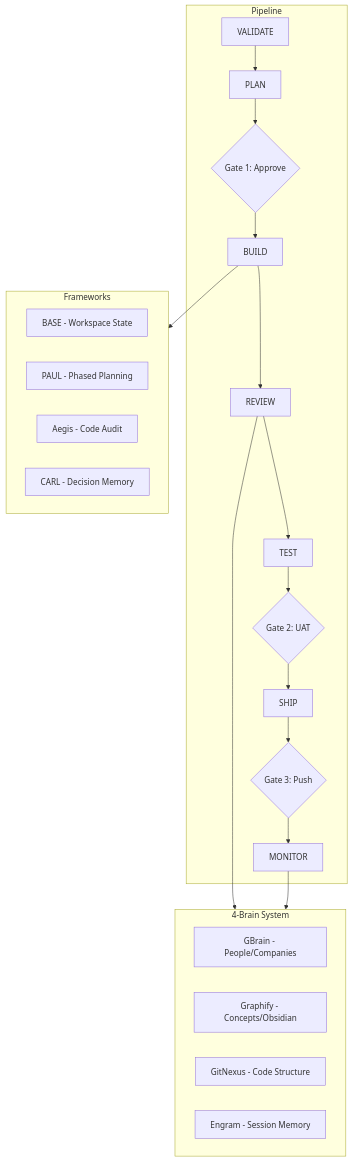
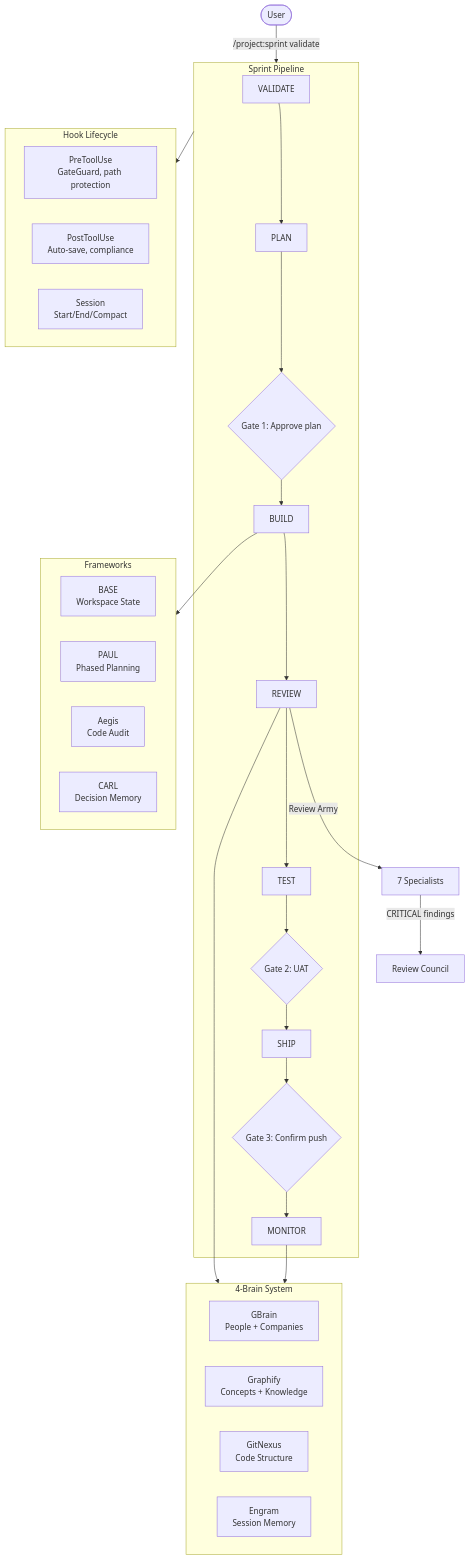
The first of 2 diagrams in README.md (nassimbf/ftitos-claude-code), drawn with Mermaid before and after one commit. The commit also changed other lines of this file, not shown here.

First line of the commit message:
docs: rewrite README with credits, review army, GateGuard, directory structure

````diff
--- a/README.md
+++ b/README.md
@@ -47,32 +73,43 @@
 ```mermaid
 flowchart TD
-    subgraph Pipeline
+    USER([User]) -->|"/project:sprint validate"| PIPELINE
+
+    subgraph PIPELINE["Sprint Pipeline"]
         V[VALIDATE] --> P[PLAN]
-        P --> G1{Gate 1: Approve}
+        P --> G1{Gate 1: Approve plan}
         G1 --> B[BUILD]
         B --> R[REVIEW]
         R --> T[TEST]
         T --> G2{Gate 2: UAT}
         G2 --> S[SHIP]
-        S --> G3{Gate 3: Push}
+        S --> G3{Gate 3: Confirm push}
         G3 --> M[MONITOR]
     end
 
-    subgraph Frameworks
-        BASE[BASE - Workspace State]
-        PAUL[PAUL - Phased Planning]
-        AEGIS[Aegis - Code Audit]
-        CARL[CARL - Decision Memory]
+    subgraph FRAMEWORKS["Frameworks"]
+        BASE[BASE<br/>Workspace State]
+        PAUL[PAUL<br/>Phased Planning]
+        AEGIS[Aegis<br/>Code Audit]
+        CARL[CARL<br/>Decision Memory]
     end
 
-    subgraph Brain["4-Brain System"]
-        GB[GBrain - People/Companies]
-        GR[Graphify - Concepts/Obsidian]
-        GN[GitNexus - Code Structure]
-        EN[Engram - Session Memory]
+    subgraph BRAIN["4-Brain System"]
+        GB[GBrain<br/>People + Companies]
+        GR[Graphify<br/>Concepts + Knowledge]
+        GN[GitNexus<br/>Code Structure]
+        EN[Engram<br/>Session Memory]
     end
 
-    B --> Frameworks
-    R --> Brain
-    M --> Brain
+    subgraph HOOKS["Hook Lifecycle"]
+        PRE[PreToolUse<br/>GateGuard, path protection]
+        POST[PostToolUse<br/>Auto-save, compliance]
+        SESS[Session<br/>Start/End/Compact]
+    end
+
+    B --> FRAMEWORKS
+    R --> BRAIN
+    R -->|"Review Army"| RA[7 Specialists]
+    RA -->|"CRITICAL findings"| RC[Review Council]
+    M --> BRAIN
+    PIPELINE --> HOOKS
 ```
````
